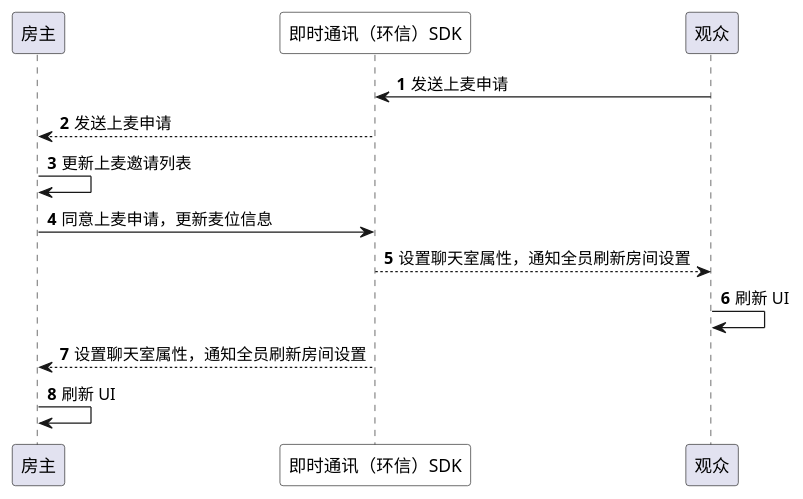
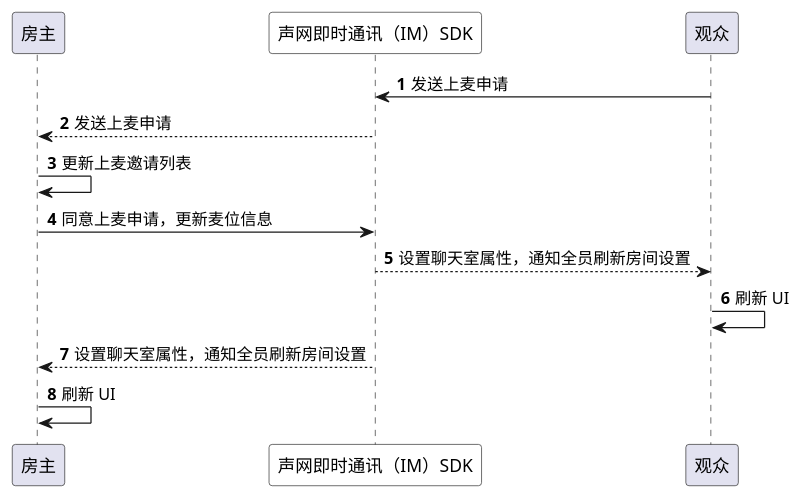
Before and after one commit to AgoraIO/agora_doc_source: the diagram in markdown/chatroom/观众申请.wsd, drawn with PlantUML. The commit also changed 7 other files, not shown here.

```diff
--- a/markdown/chatroom/观众申请.wsd
+++ b/markdown/chatroom/观众申请.wsd
@@ -1,14 +1,14 @@
 @startuml
 autonumber
 participant "房主" as a
-participant "即时通讯（环信）SDK" as b #White
+participant "声网即时通讯（IM）SDK" as b #White
 participant "观众" as c
 c -> b: 发送上麦申请
 b --> a: 发送上麦申请
 a -> a: 更新上麦邀请列表
 a -> b: 同意上麦申请，更新麦位信息
 b --> c: 设置聊天室属性，通知全员刷新房间设置
 c -> c: 刷新 UI
 b --> a: 设置聊天室属性，通知全员刷新房间设置
 a -> a: 刷新 UI
 @enduml
```
